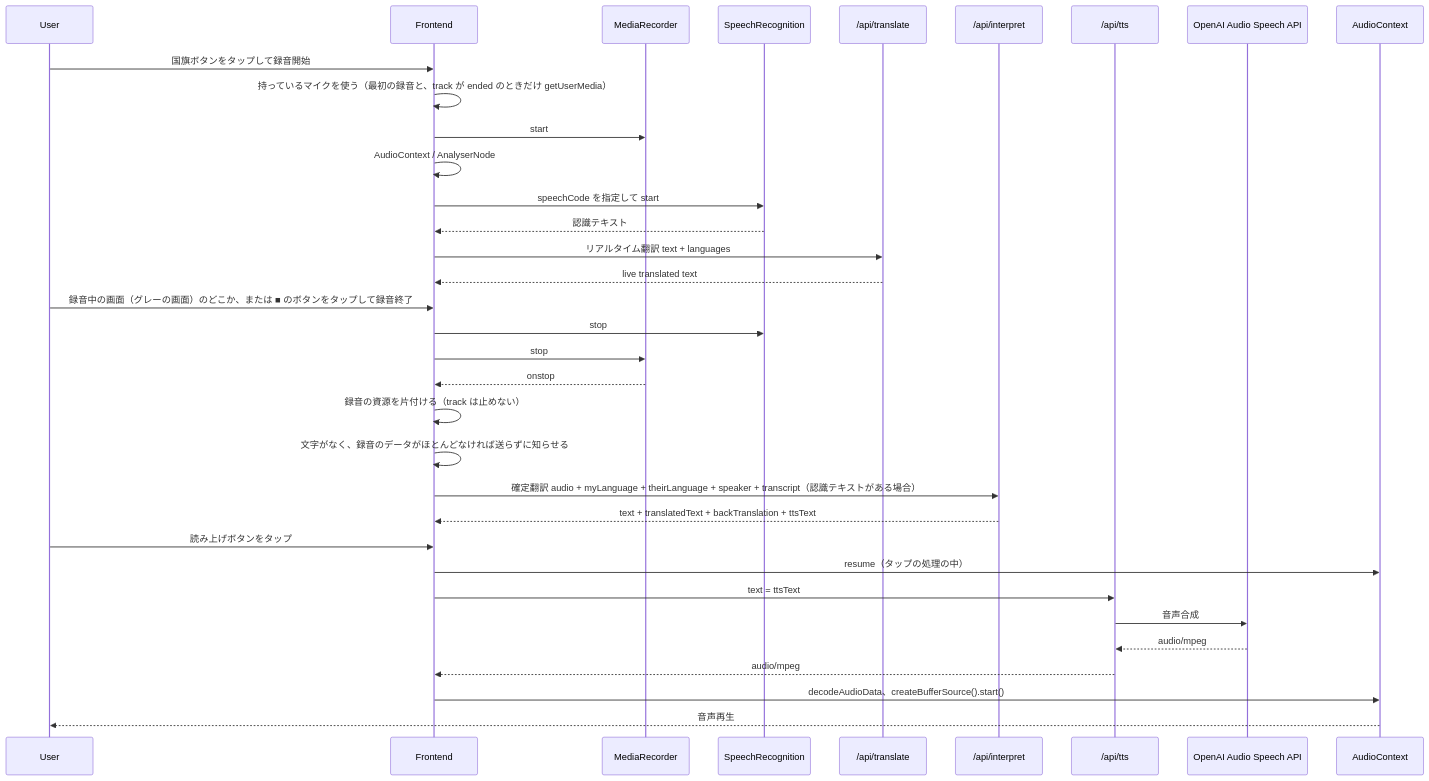
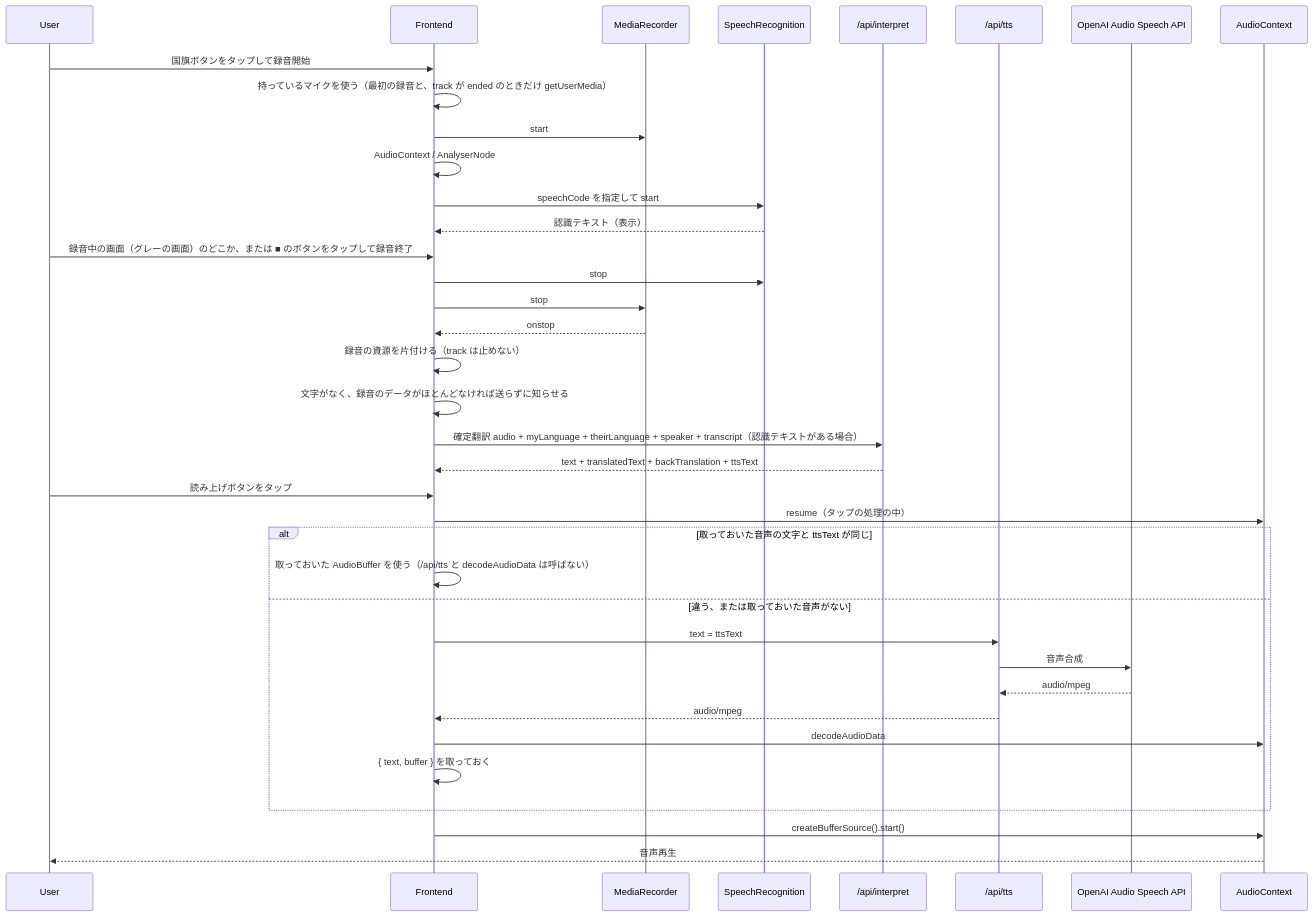
One commit to shin-arita/gotalk changed the first of 2 diagrams in docs/speech-flow.md. Above: the diagram before and after it, drawn with Mermaid. The commit also changed other lines of this file and 12 other files, not shown here.

````diff
--- a/docs/speech-flow.md
+++ b/docs/speech-flow.md
@@ -21,37 +21,40 @@
 ```mermaid
 sequenceDiagram
   participant User as User
   participant FE as Frontend
   participant MR as MediaRecorder
   participant SR as SpeechRecognition
-  participant TR as /api/translate
   participant IN as /api/interpret
   participant TTSAPI as /api/tts
   participant Speech as OpenAI Audio Speech API
   participant Audio as AudioContext
 
   User->>FE: 国旗ボタンをタップして録音開始
   FE->>FE: 持っているマイクを使う（最初の録音と、track が ended のときだけ getUserMedia）
   FE->>MR: start
   FE->>FE: AudioContext / AnalyserNode
   FE->>SR: speechCode を指定して start
-  SR-->>FE: 認識テキスト
-  FE->>TR: リアルタイム翻訳 text + languages
-  TR-->>FE: live translated text
+  SR-->>FE: 認識テキスト（表示）
   User->>FE: 録音中の画面（グレーの画面）のどこか、または ■ のボタンをタップして録音終了
   FE->>SR: stop
   FE->>MR: stop
   MR-->>FE: onstop
   FE->>FE: 録音の資源を片付ける（track は止めない）
   FE->>FE: 文字がなく、録音のデータがほとんどなければ送らずに知らせる
   FE->>IN: 確定翻訳 audio + myLanguage + theirLanguage + speaker + transcript（認識テキストがある場合）
   IN-->>FE: text + translatedText + backTranslation + ttsText
   User->>FE: 読み上げボタンをタップ
   FE->>Audio: resume（タップの処理の中）
-  FE->>TTSAPI: text = ttsText
-  TTSAPI->>Speech: 音声合成
-  Speech-->>TTSAPI: audio/mpeg
-  TTSAPI-->>FE: audio/mpeg
-  FE->>Audio: decodeAudioData、createBufferSource().start()
+  alt 取っておいた音声の文字と ttsText が同じ
+    FE->>FE: 取っておいた AudioBuffer を使う（/api/tts と decodeAudioData は呼ばない）
+  else 違う、または取っておいた音声がない
+    FE->>TTSAPI: text = ttsText
+    TTSAPI->>Speech: 音声合成
+    Speech-->>TTSAPI: audio/mpeg
+    TTSAPI-->>FE: audio/mpeg
+    FE->>Audio: decodeAudioData
+    FE->>FE: { text, buffer } を取っておく
+  end
+  FE->>Audio: createBufferSource().start()
   Audio-->>User: 音声再生
 ```
````
